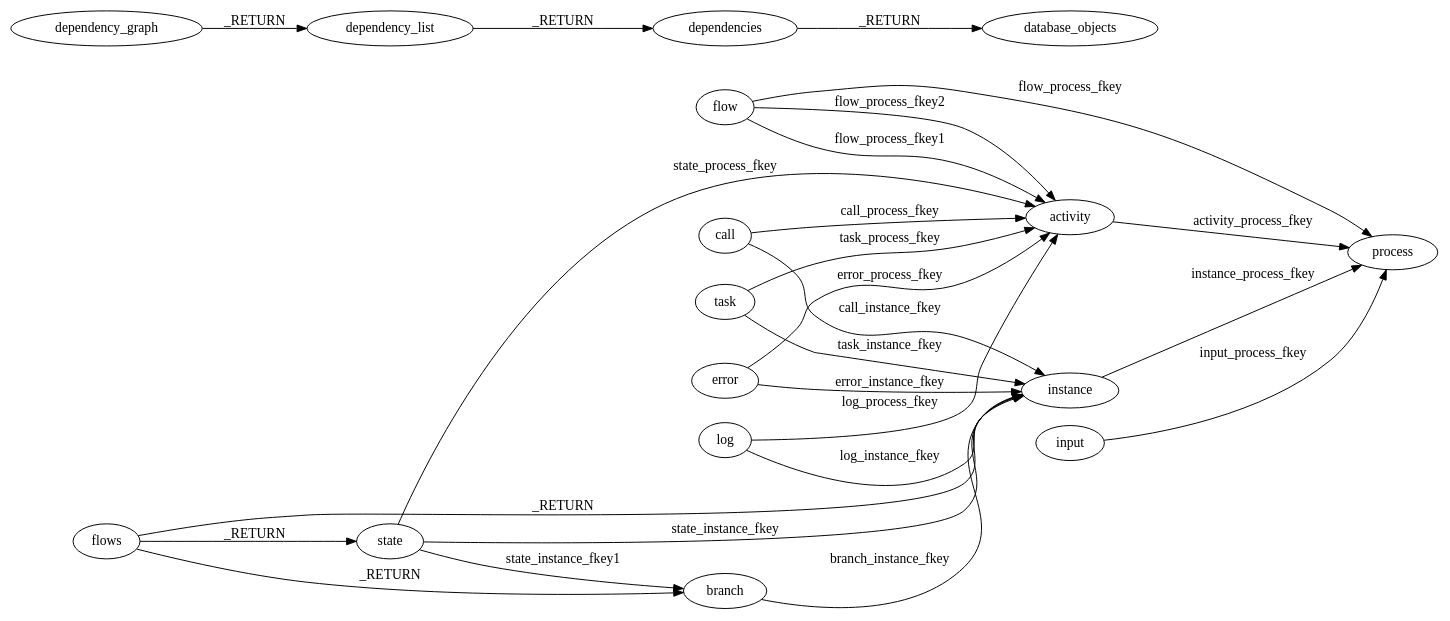
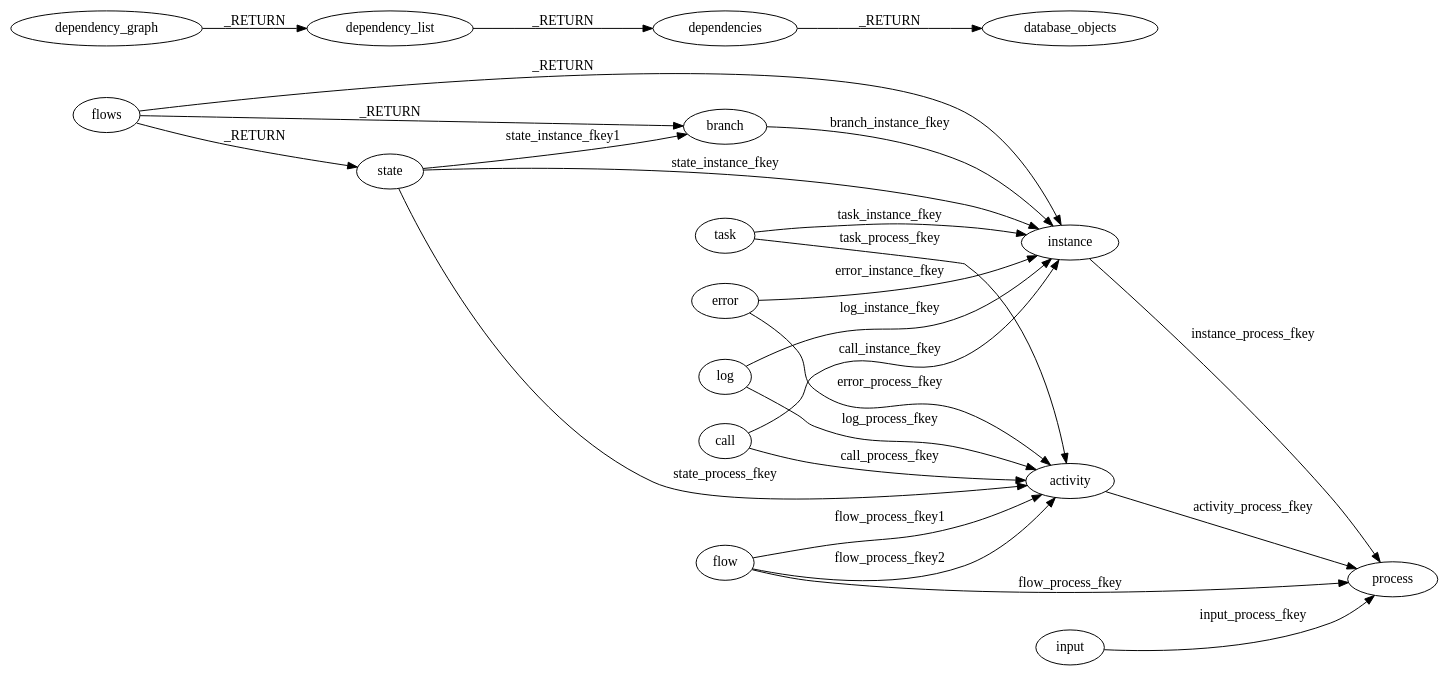
Before and after one commit to dgf/pgx-flow: the diagram in doc/img/deps.gv, drawn with Graphviz. The commit also changed other lines of this file and 3 other files, not shown here.

```diff
--- a/doc/img/deps.gv
+++ b/doc/img/deps.gv
@@ -1,28 +1,28 @@
 digraph FlowDatabase {
 rankdir="LR"
+ activity -> process [label="activity_process_fkey"];
+ branch -> instance [label="branch_instance_fkey"];
+ call -> activity [label="call_process_fkey"];
+ call -> instance [label="call_instance_fkey"];
+ dependencies -> database_objects [label="_RETURN"];
+ dependency_graph -> dependency_list [label="_RETURN"];
+ dependency_list -> dependencies [label="_RETURN"];
+ error -> activity [label="error_process_fkey"];
+ error -> instance [label="error_instance_fkey"];
+ flow -> activity [label="flow_process_fkey1"];
+ flow -> activity [label="flow_process_fkey2"];
+ flow -> process [label="flow_process_fkey"];
+ flows -> branch [label="_RETURN"];
+ flows -> instance [label="_RETURN"];
+ flows -> state [label="_RETURN"];
+ input -> process [label="input_process_fkey"];
+ instance -> process [label="instance_process_fkey"];
+ log -> activity [label="log_process_fkey"];
+ log -> instance [label="log_instance_fkey"];
+ state -> activity [label="state_process_fkey"];
+ state -> branch [label="state_instance_fkey1"];
+ state -> instance [label="state_instance_fkey"];
  task -> activity [label="task_process_fkey"];
- state -> activity [label="state_process_fkey"];
- flow -> activity [label="flow_process_fkey2"];
- error -> activity [label="error_process_fkey"];
- log -> activity [label="log_process_fkey"];
- flow -> activity [label="flow_process_fkey1"];
- call -> activity [label="call_process_fkey"];
- state -> branch [label="state_instance_fkey1"];
- flows -> branch [label="_RETURN"];
  task -> instance [label="task_instance_fkey"];
- branch -> instance [label="branch_instance_fkey"];
- log -> instance [label="log_instance_fkey"];
- error -> instance [label="error_instance_fkey"];
- state -> instance [label="state_instance_fkey"];
- call -> instance [label="call_instance_fkey"];
- flows -> instance [label="_RETURN"];
- activity -> process [label="activity_process_fkey"];
- instance -> process [label="instance_process_fkey"];
- input -> process [label="input_process_fkey"];
- flow -> process [label="flow_process_fkey"];
- flows -> state [label="_RETURN"];
- dependencies -> database_objects [label="_RETURN"];
- dependency_list -> dependencies [label="_RETURN"];
- dependency_graph -> dependency_list [label="_RETURN"];
 
 }
```
